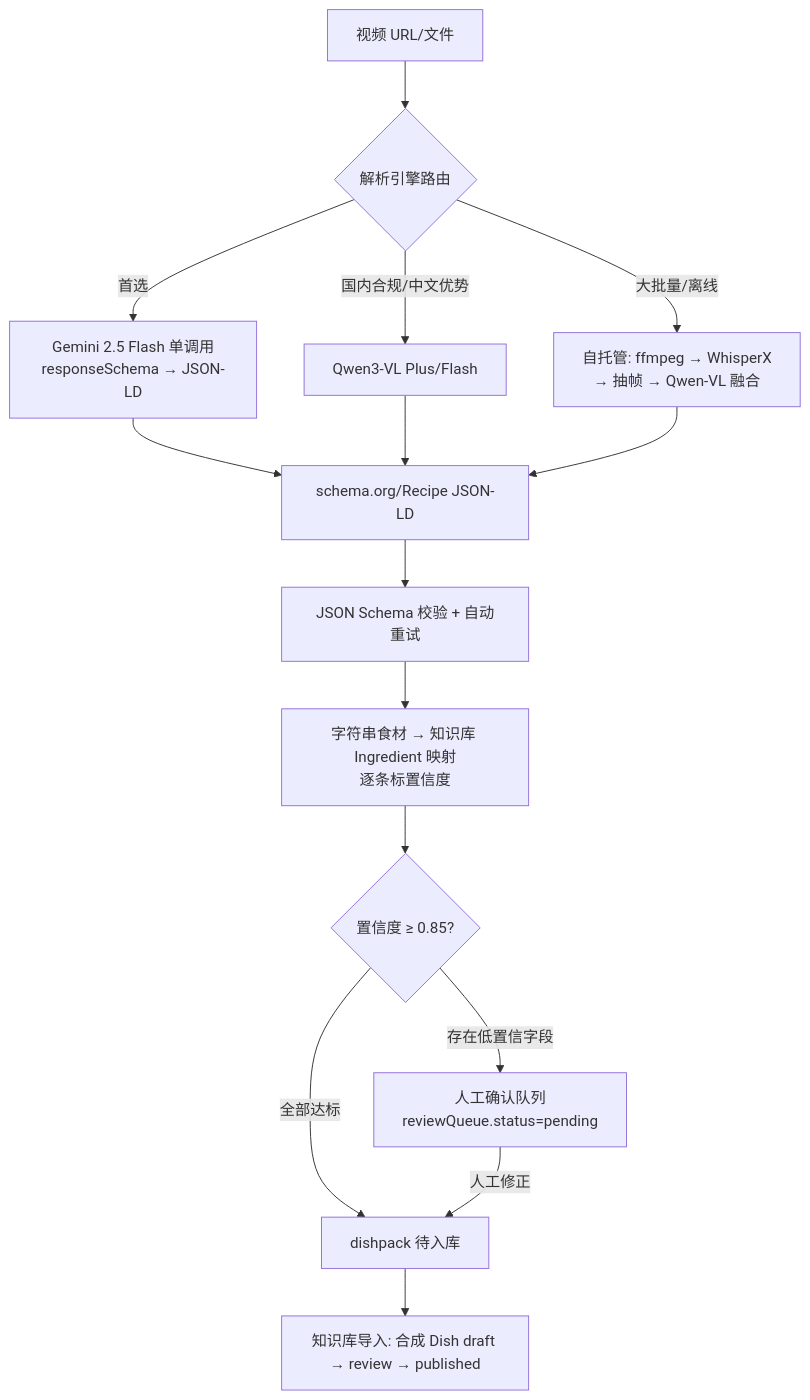
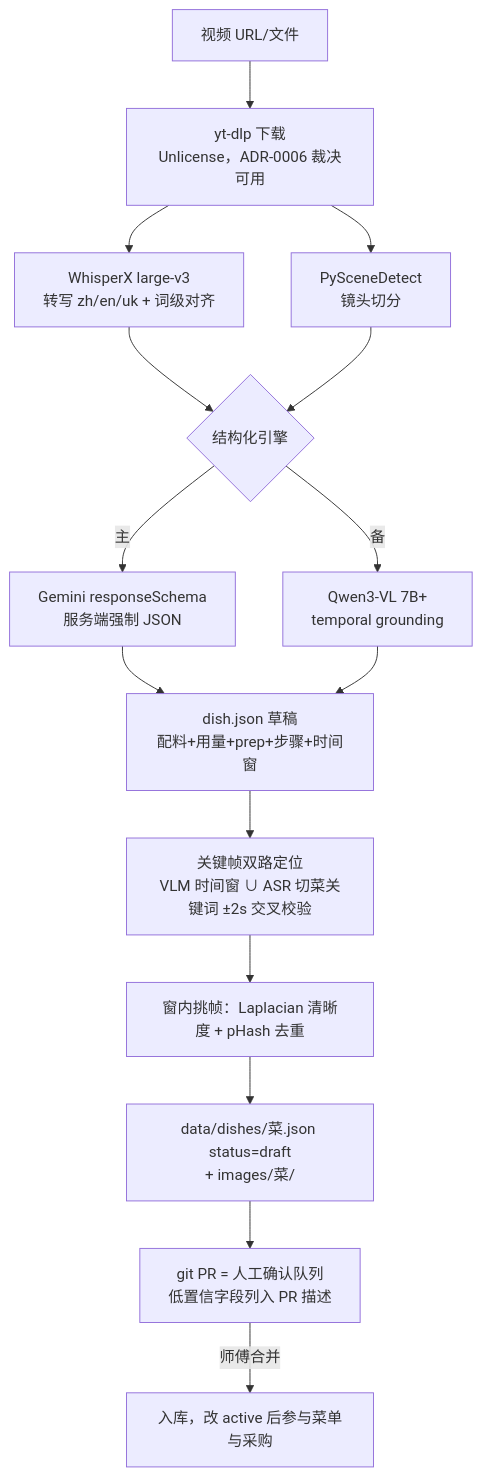
Before and after one commit to TERRYYYC/canteen-os: the diagram in docs/video-import.md, drawn with Mermaid. The commit also changed other lines of this file and 76 other files, not shown here.

First line of the commit message:
feat!: v2 收窄落地 — ADR-0006、5 实体 schema、采购引擎实现、skill 直出 dish

````diff
--- a/docs/video-import.md
+++ b/docs/video-import.md
@@ -20,15 +20,16 @@
 ```mermaid
 flowchart TD
-    A[视频 URL/文件] --> B{解析引擎路由}
-    B -->|首选| C[Gemini 2.5 Flash 单调用\nresponseSchema → JSON-LD]
-    B -->|国内合规/中文优势| D[Qwen3-VL Plus/Flash]
-    B -->|大批量/离线| E[自托管: ffmpeg → WhisperX\n→ 抽帧 → Qwen-VL 融合]
-    C & D & E --> F[schema.org/Recipe JSON-LD]
-    F --> G[JSON Schema 校验 + 自动重试]
-    G --> H[字符串食材 → 知识库 Ingredient 映射\n逐条标置信度]
-    H --> I{置信度 ≥ 0.85?}
-    I -->|全部达标| J[dishpack 待入库]
-    I -->|存在低置信字段| K[人工确认队列\nreviewQueue.status=pending]
-    K -->|人工修正| J
-    J --> L[知识库导入: 合成 Dish draft → review → published]
+    A[视频 URL/文件] --> B[yt-dlp 下载<br/>Unlicense，ADR-0006 裁决可用]
+    B --> C[WhisperX large-v3<br/>转写 zh/en/uk + 词级对齐]
+    B --> D[PySceneDetect<br/>镜头切分]
+    C --> E{结构化引擎}
+    D --> E
+    E -->|主| F[Gemini responseSchema<br/>服务端强制 JSON]
+    E -->|备| G[Qwen3-VL 7B+<br/>temporal grounding]
+    F & G --> H[dish.json 草稿<br/>配料+用量+prep+步骤+时间窗]
+    H --> I[关键帧双路定位<br/>VLM 时间窗 ∪ ASR 切菜关键词 ±2s 交叉校验]
+    I --> J[窗内挑帧：Laplacian 清晰度 + pHash 去重]
+    J --> K[data/dishes/菜.json status=draft<br/>+ images/菜/]
+    K --> L[git PR = 人工确认队列<br/>低置信字段列入 PR 描述]
+    L -->|师傅合并| M[入库，改 active 后参与菜单与采购]
 ```
````
